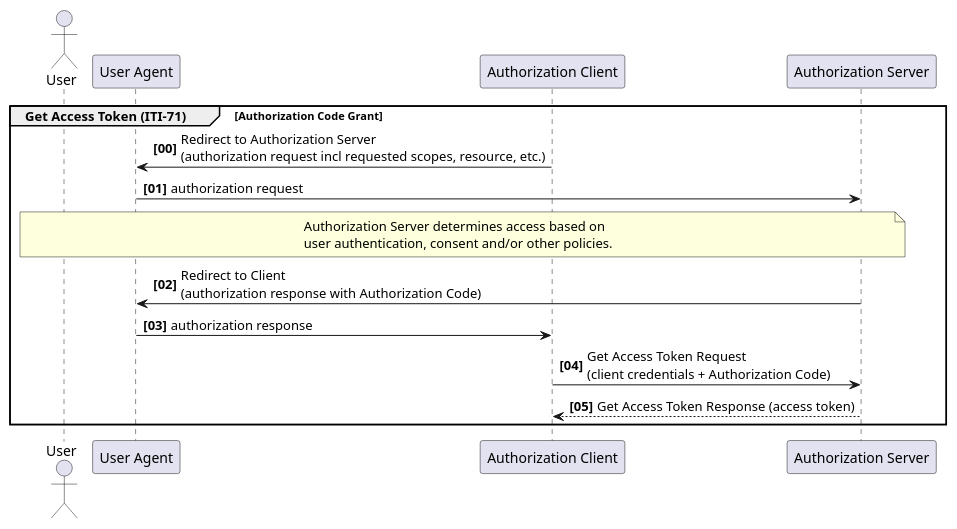
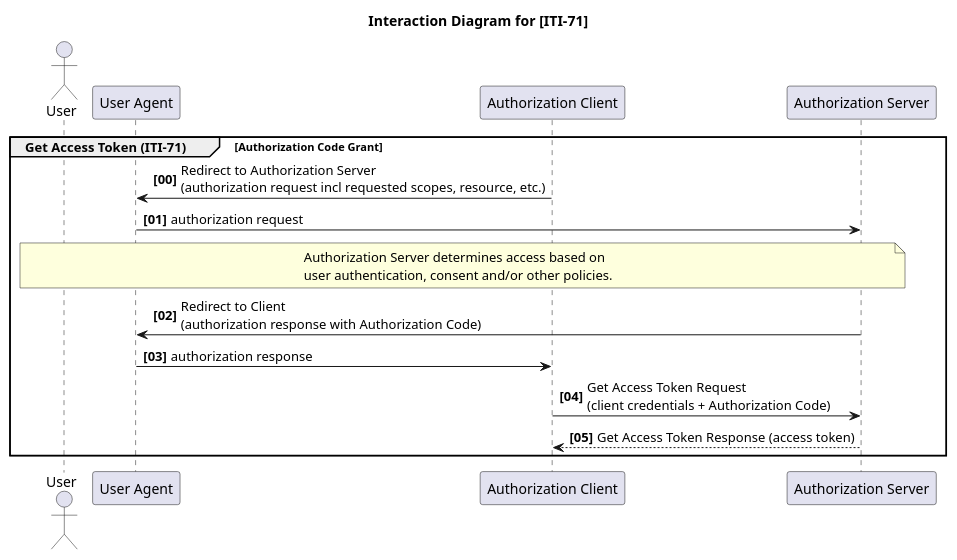
Before and after one commit to ehealthsuisse/ch-epr-fhir: the diagram in input/images-source/IUA_ActorDiagram_ITI-71.plantuml, drawn with PlantUML. The commit also changed 15 other files, not shown here.

Commit message:
add sequence diagrams

```diff
--- a/input/images-source/IUA_ActorDiagram_ITI-71.plantuml
+++ b/input/images-source/IUA_ActorDiagram_ITI-71.plantuml
@@ -1,27 +1,29 @@
 @startuml 
+
+title Interaction Diagram for [ITI-71]
 
 actor User
 
 participant "User Agent" as UserAgent
 participant "Authorization Client" as Client
 participant "Authorization Server" as AuthzServer
 
 autonumber 0 1 "<b>[00]</b>"
 
 group Get Access Token (ITI-71) [Authorization Code Grant]
 Client -> UserAgent: Redirect to Authorization Server \n(authorization request incl requested scopes, resource, etc.)
 UserAgent -> AuthzServer: authorization request
 
 note over User, AuthzServer
   Authorization Server determines access based on
   user authentication, consent and/or other policies.
 end note
 
 AuthzServer -> UserAgent: Redirect to Client \n(authorization response with Authorization Code)
 UserAgent -> Client: authorization response
 
 Client -> AuthzServer: Get Access Token Request \n(client credentials + Authorization Code)
 AuthzServer --> Client: Get Access Token Response (access token)
 end
 
 @enduml
```
